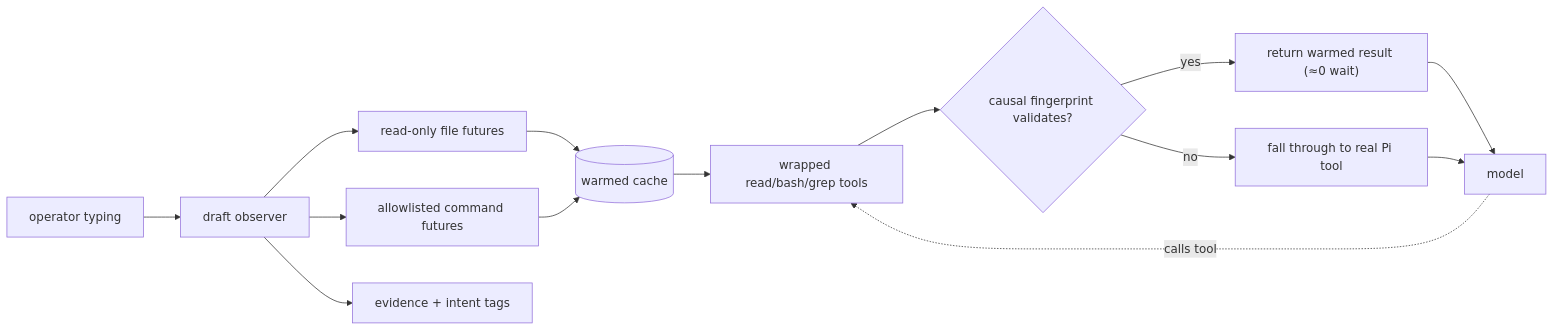
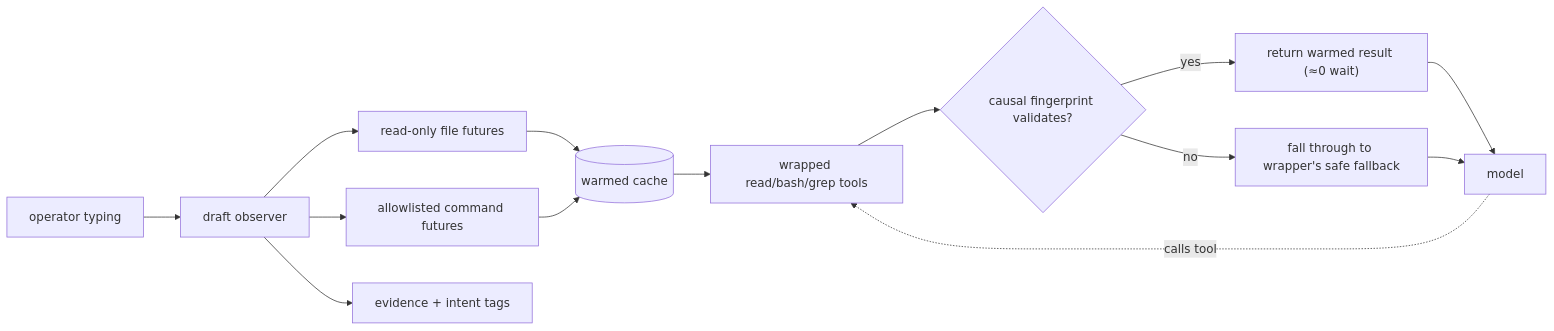
One commit to ultronisnice/pi-precognition changed the diagram in README.md. Above: the diagram before and after it, drawn with Mermaid. The commit also changed other lines of this file and 3 other files, not shown here.

````diff
--- a/README.md
+++ b/README.md
@@ -83,16 +83,16 @@
 ```mermaid
 flowchart LR
     A["operator typing"] --> B["draft observer"]
     B --> C["read-only file futures"]
     B --> D["allowlisted command futures"]
     B --> E["evidence + intent tags"]
     C --> F[("warmed cache")]
     D --> F
     F --> G["wrapped read/bash/grep tools"]
     H["model"] -.->|"calls tool"| G
     G --> I{"causal fingerprint validates?"}
     I -->|"yes"| J["return warmed result (≈0 wait)"]
-    I -->|"no"| K["fall through to real Pi tool"]
+    I -->|"no"| K["fall through to wrapper's safe fallback"]
     J --> H
     K --> H
 ```
````
